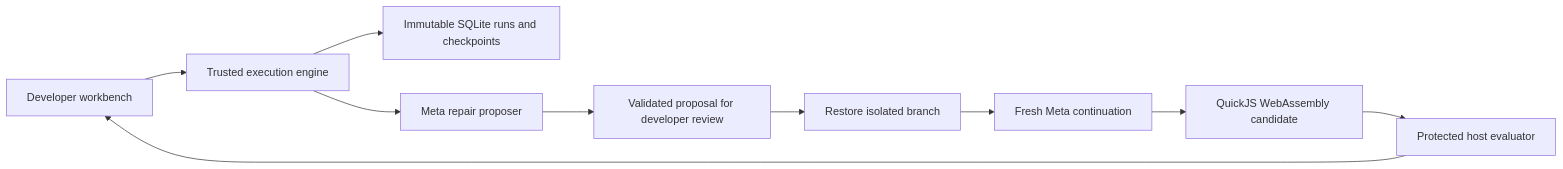
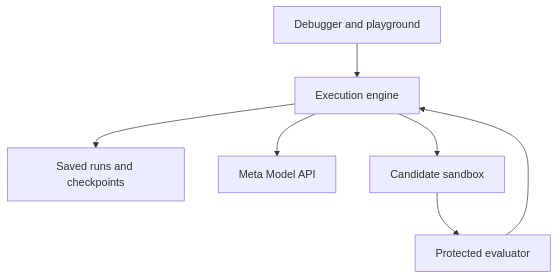
Before and after one commit to Eswar-deep/agent-time-machine: the diagram in docs/ARCHITECTURE.md, drawn with Mermaid. The commit also changed other lines of this file and 9 other files, not shown here.

````diff
--- a/docs/ARCHITECTURE.md
+++ b/docs/ARCHITECTURE.md
@@ -8,12 +7,9 @@
 ```mermaid
-flowchart LR
-    UI[Developer workbench] --> Engine[Trusted execution engine]
-    Engine --> Store[Immutable SQLite runs and checkpoints]
-    Engine --> Proposer[Meta repair proposer]
-    Proposer --> Review[Validated proposal for developer review]
-    Review --> Branch[Restore isolated branch]
-    Branch --> Fresh[Fresh Meta continuation]
-    Fresh --> Guest[QuickJS WebAssembly candidate]
-    Guest --> Verify[Protected host evaluator]
-    Verify --> UI
+flowchart TD
+    UI["Debugger and playground"] --> Engine["Execution engine"]
+    Engine --> Store["Saved runs and checkpoints"]
+    Engine --> Meta["Meta Model API"]
+    Engine --> Sandbox["Candidate sandbox"]
+    Sandbox --> Verify["Protected evaluator"]
+    Verify --> Engine
 ```
````
